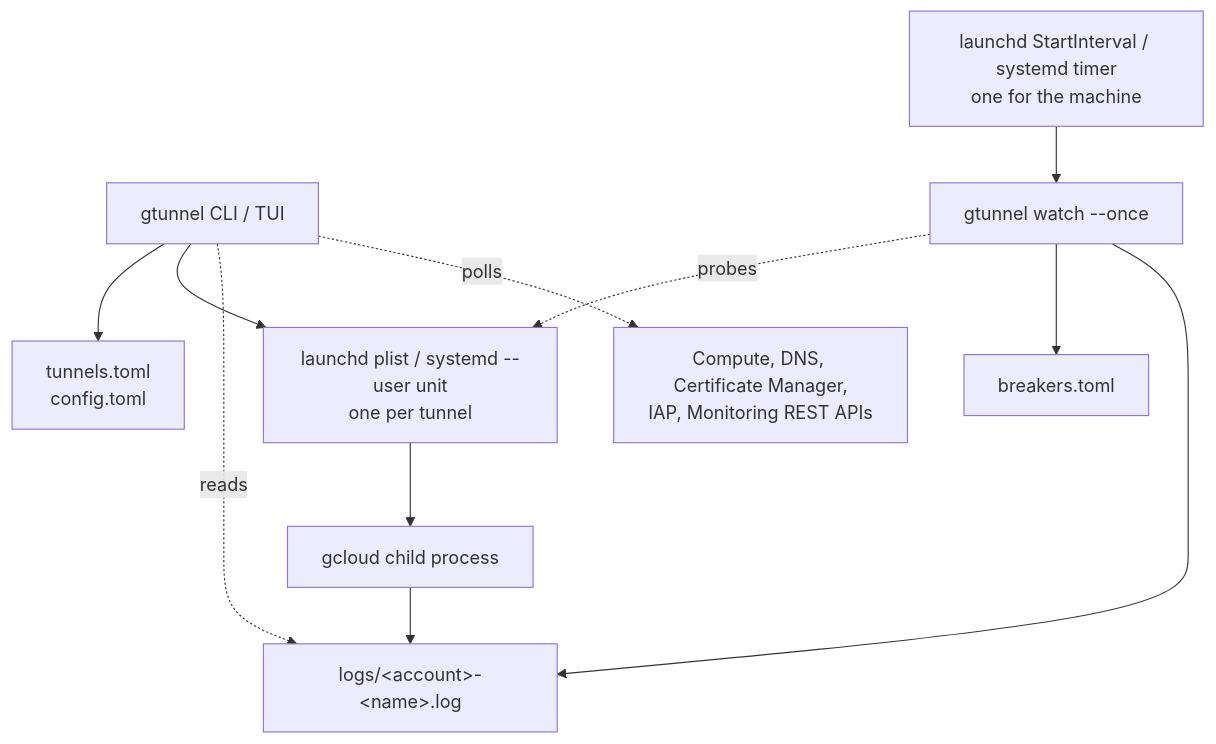
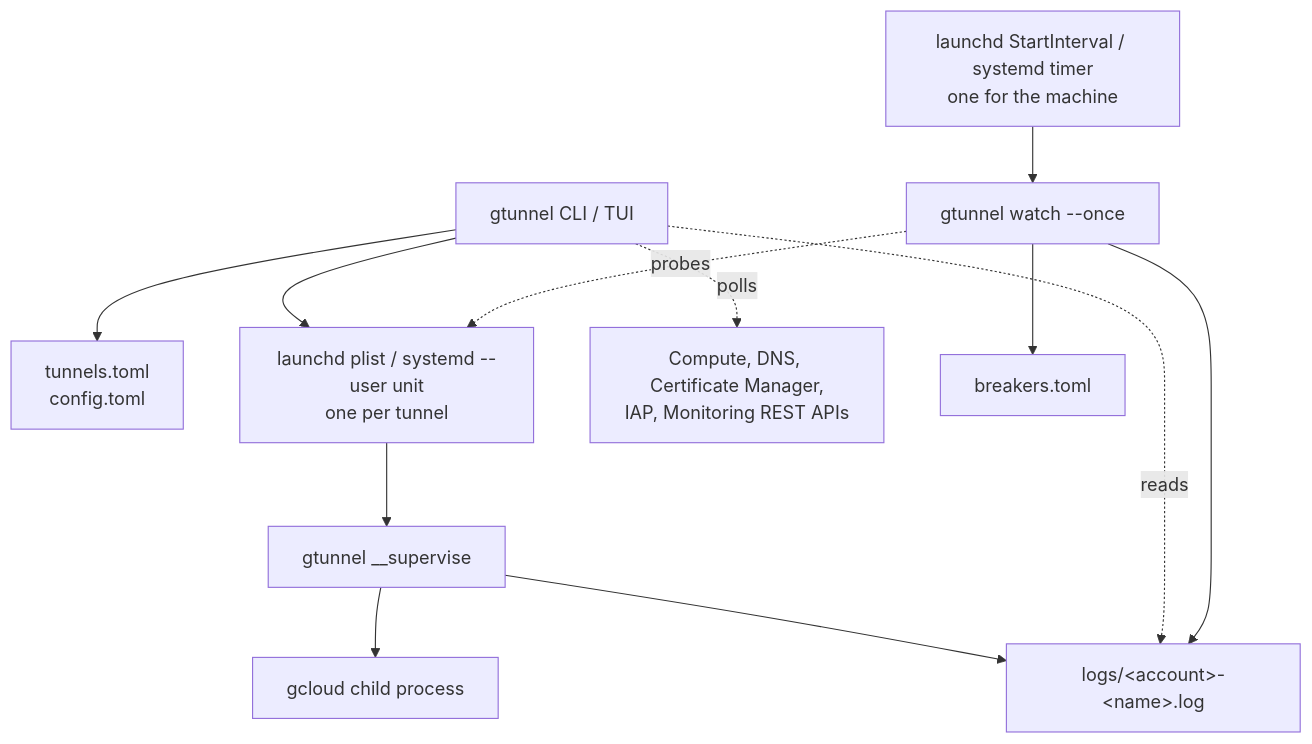
The second of 4 diagrams in docs/architecture.md (gcheliz/gtunnel), drawn with Mermaid before and after one commit. The commit also changed 6 other files, not shown here.

````diff
--- a/docs/architecture.md
+++ b/docs/architecture.md
@@ -144,13 +144,14 @@
 ```mermaid
 flowchart TB
   cli["gtunnel CLI / TUI"] --> state["tunnels.toml<br/>config.toml"]
   cli --> svc["launchd plist / systemd --user unit<br/>one per tunnel"]
-  svc --> proc["gcloud child process"]
-  proc --> log["logs/&lt;account&gt;-&lt;name&gt;.log"]
+  svc --> sup["gtunnel __supervise"]
+  sup --> proc["gcloud child process"]
+  sup --> log["logs/&lt;account&gt;-&lt;name&gt;.log"]
   cli -.reads.-> log
   cli -.polls.-> api["Compute, DNS, Certificate Manager,<br/>IAP, Monitoring REST APIs"]
   wd["launchd StartInterval / systemd timer<br/>one for the machine"] --> once["gtunnel watch --once"]
   once -.probes.-> svc
   once --> brk["breakers.toml"]
   once --> log
 ```
````
